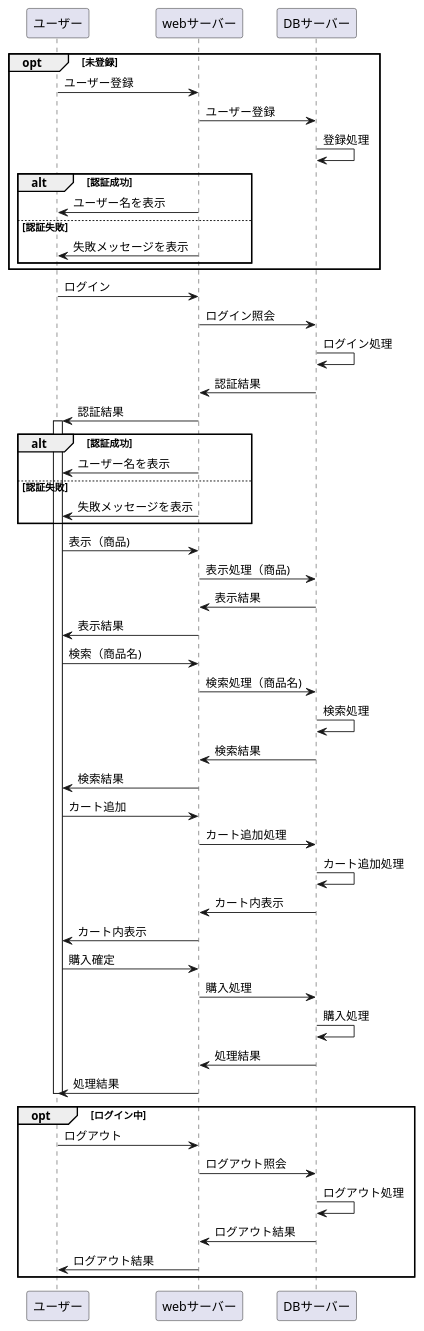
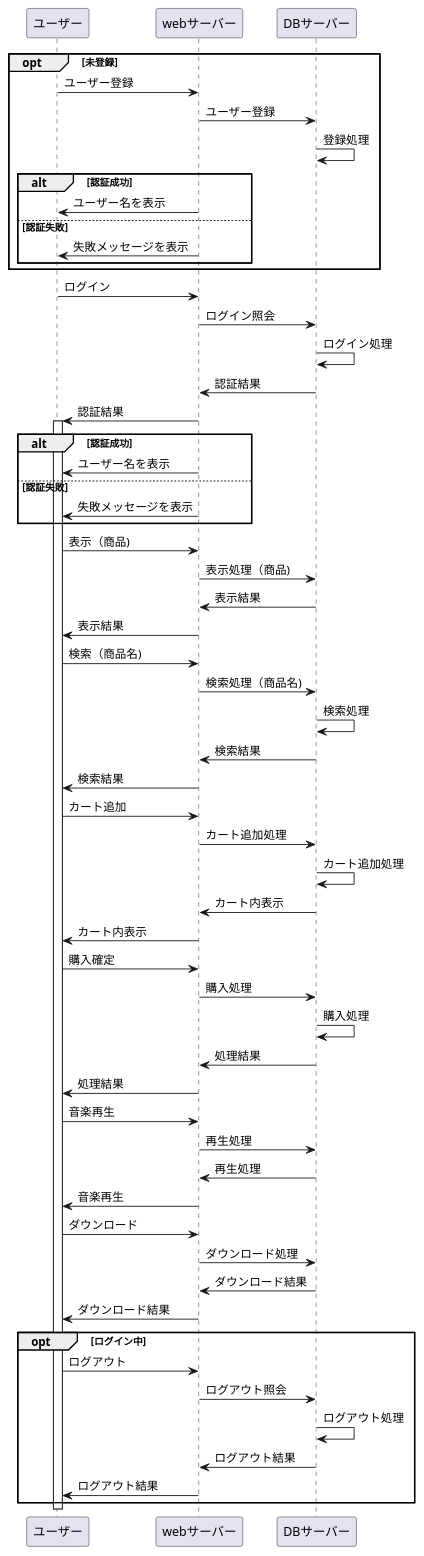
One commit to Aso2001398/2021sys-design changed the diagram in original_site_workflow.md. Above: the diagram before and after it, drawn with PlantUML.

````diff
--- a/original_site_workflow.md
+++ b/original_site_workflow.md
@@ -1,67 +1,76 @@
 ```uml
 @startuml
 opt 未登録
 ユーザー -> webサーバー : ユーザー登録
 webサーバー -> DBサーバー:ユーザー登録
 DBサーバー -> DBサーバー:登録処理
 
 alt 認証成功
 webサーバー -> ユーザー:ユーザー名を表示
 else 認証失敗
 webサーバー -> ユーザー:失敗メッセージを表示
 
 end
 
 end
 
 ユーザー -> webサーバー : ログイン
 webサーバー -> DBサーバー:ログイン照会
 DBサーバー -> DBサーバー:ログイン処理
 DBサーバー -> webサーバー:認証結果
 webサーバー -> ユーザー:認証結果
 
 activate ユーザー
 
 alt 認証成功
 webサーバー -> ユーザー:ユーザー名を表示
 else 認証失敗
 webサーバー -> ユーザー:失敗メッセージを表示
 
 end
 
 ユーザー -> webサーバー:表示（商品)
 webサーバー -> DBサーバー:表示処理（商品)
 DBサーバー -> webサーバー:表示結果
 webサーバー -> ユーザー:表示結果
 
 ユーザー -> webサーバー:検索（商品名)
 webサーバー -> DBサーバー:検索処理（商品名)
 DBサーバー -> DBサーバー:検索処理
 DBサーバー -> webサーバー:検索結果
 webサーバー -> ユーザー:検索結果
 
 ユーザー -> webサーバー:カート追加
 webサーバー -> DBサーバー:カート追加処理
 DBサーバー -> DBサーバー:カート追加処理
 DBサーバー -> webサーバー:カート内表示
 webサーバー -> ユーザー:カート内表示
 
 ユーザー -> webサーバー : 購入確定
 webサーバー -> DBサーバー:購入処理
 DBサーバー -> DBサーバー:購入処理
 DBサーバー -> webサーバー:処理結果
 webサーバー -> ユーザー:処理結果
-deactivate ユーザー
+
+ユーザー -> webサーバー:音楽再生
+webサーバー -> DBサーバー:再生処理
+DBサーバー -> webサーバー:再生処理
+webサーバー -> ユーザー:音楽再生
+
+ユーザー -> webサーバー:ダウンロード
+webサーバー -> DBサーバー:ダウンロード処理
+DBサーバー -> webサーバー:ダウンロード結果
+webサーバー -> ユーザー:ダウンロード結果
 
 
 opt ログイン中
 ユーザー -> webサーバー : ログアウト
 webサーバー -> DBサーバー:ログアウト照会
 DBサーバー -> DBサーバー:ログアウト処理
 DBサーバー -> webサーバー:ログアウト結果
 webサーバー -> ユーザー:ログアウト結果
 end
 
 deactivate ユーザー
 @enduml
 ```
````
